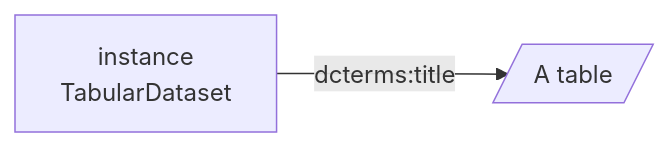
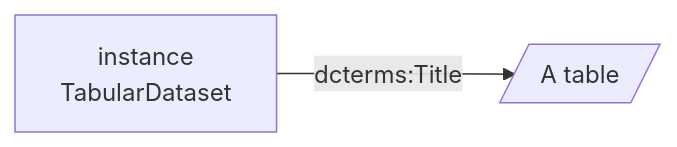
The diagram in generated/datasets/TabularDataset.consensus.mmd (OO-LD/oold-reference-schemas), drawn with Mermaid before and after one commit. The commit also changed 15 other files, not shown here.

```diff
--- a/generated/datasets/TabularDataset.consensus.mmd
+++ b/generated/datasets/TabularDataset.consensus.mmd
@@ -1,4 +1,4 @@
 flowchart LR
   n0["instance<br>TabularDataset"]
   n1[/"A table"/]
-  n0 -->|dcterms:title| n1
+  n0 -->|dcterms:Title| n1
```
